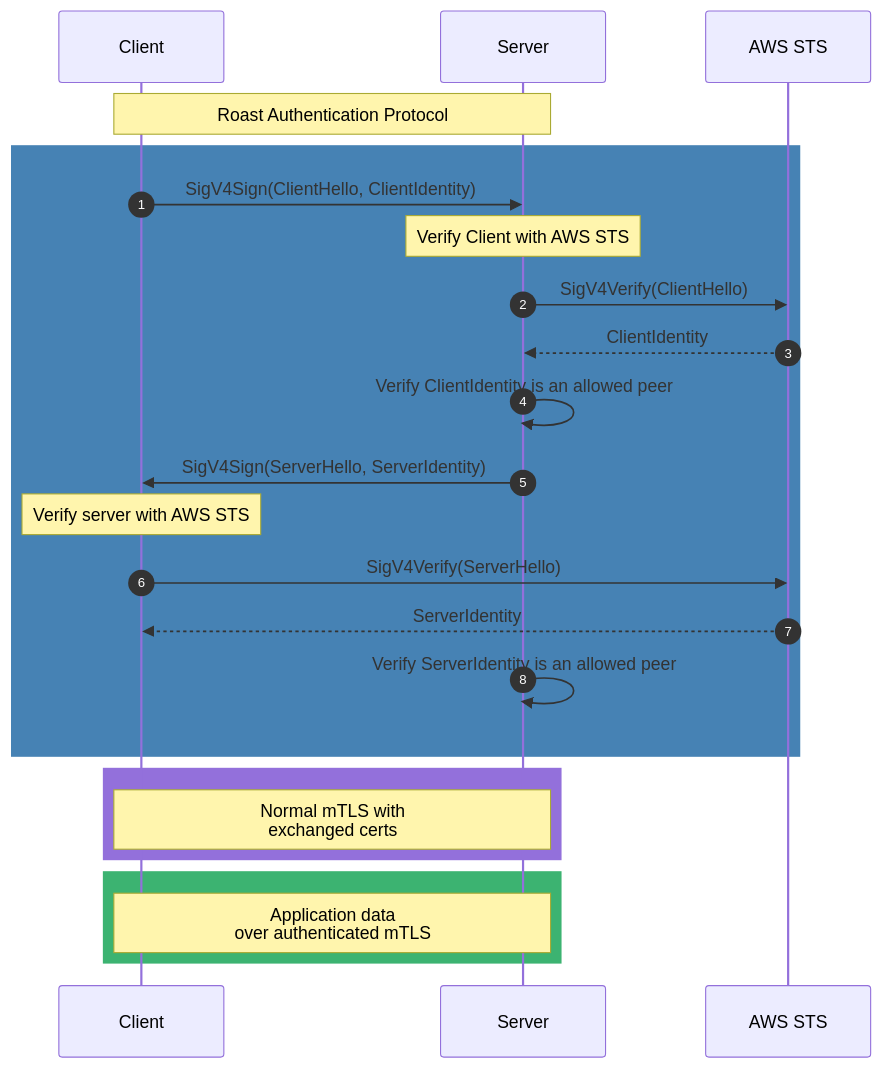
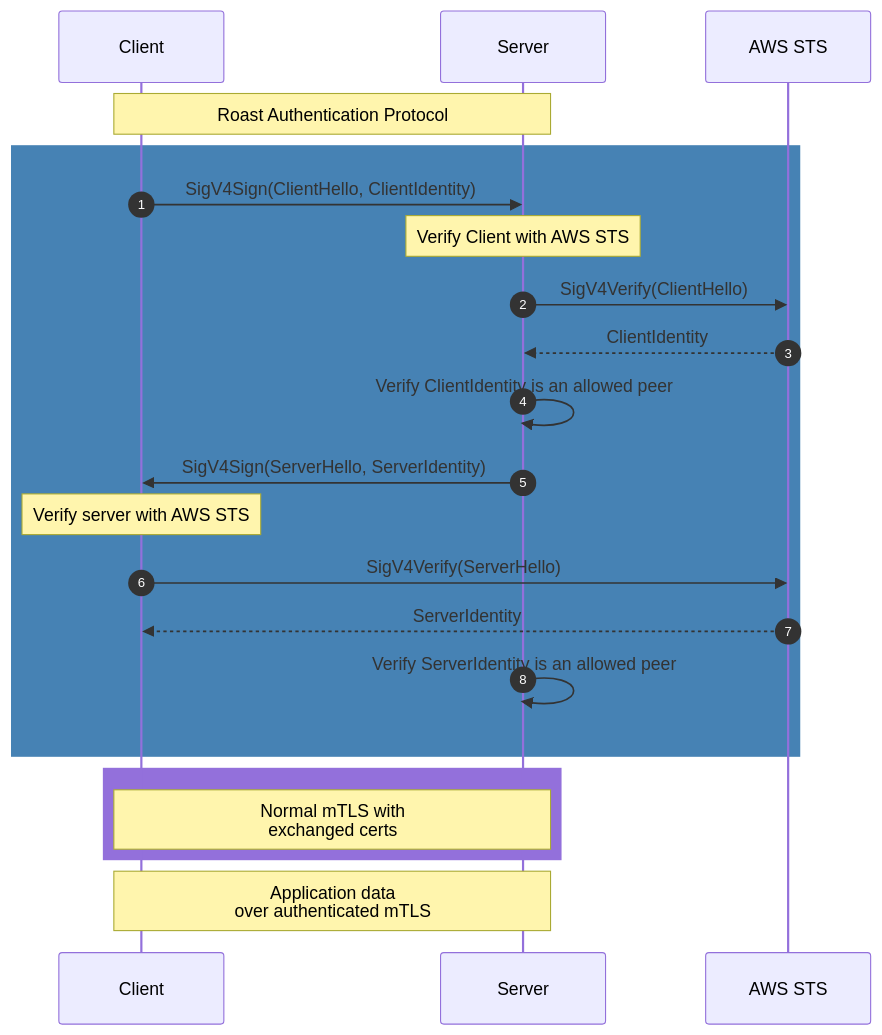
Before and after one commit to thomasdesr/roast: the first of 2 diagrams in docs/protocol.md, drawn with Mermaid. The commit also changed other lines of this file, not shown here.

Commit message:
more diagram cleanup

````diff
--- a/docs/protocol.md
+++ b/docs/protocol.md
@@ -61,33 +61,31 @@
 ```mermaid
 sequenceDiagram
     autonumber
     participant C as Client
     participant S as Server
     participant AWS as AWS STS
 
     Note over C,S: Roast Authentication Protocol
 
     rect rgb(70, 130, 180)
         C->>S: SigV4Sign(ClientHello, ClientIdentity)
 
         Note over S: Verify Client with AWS STS
         S->>AWS: SigV4Verify(ClientHello)
         AWS-->>S: ClientIdentity
         S->>S: Verify ClientIdentity is an allowed peer
         
         S->>C: SigV4Sign(ServerHello, ServerIdentity)
 
         Note over C: Verify server with AWS STS
         C->>AWS: SigV4Verify(ServerHello)
         AWS-->>C: ServerIdentity
         S->>S: Verify ServerIdentity is an allowed peer
     end
 
     rect rgb(147, 112, 219)
         Note over C,S:Normal mTLS with<br/>exchanged certs
     end
     
-    rect rgb(60, 179, 113)
-        Note over C,S: Application data<br/>over authenticated mTLS
-    end
+    Note over C,S: Application data<br/>over authenticated mTLS
 ```
````
